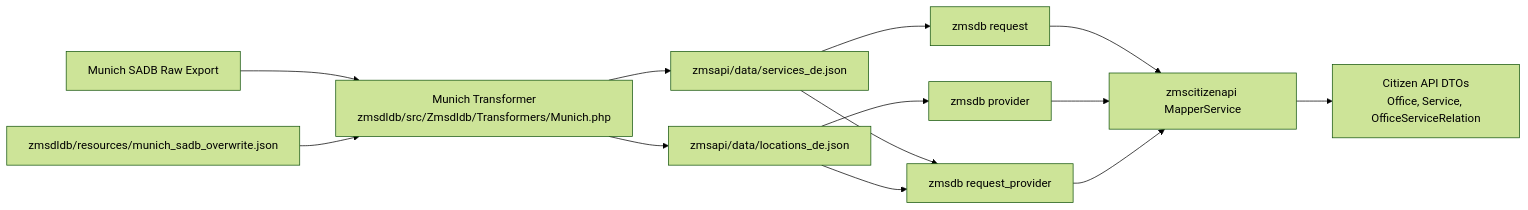
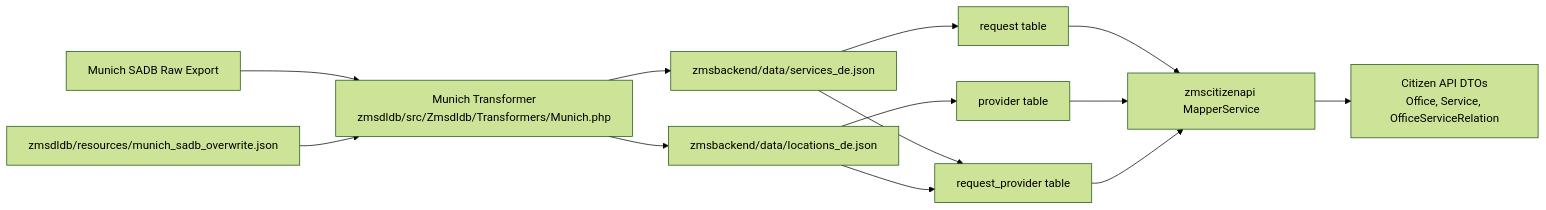
Before and after one commit to it-at-m/eappointment: the second of 3 diagrams in docs/en/operations/dldb-interface-documentation.md, drawn with Mermaid (forest theme). The commit also changed other lines of this file and 32 other files, not shown here.

````diff
--- a/docs/en/operations/dldb-interface-documentation.md
+++ b/docs/en/operations/dldb-interface-documentation.md
@@ -445,15 +441,15 @@
 ```mermaid
 flowchart LR
     A[Munich SADB Raw Export] --> B[Munich Transformer<br/>zmsdldb/src/Zmsdldb/Transformers/Munich.php]
     O[zmsdldb/resources/munich_sadb_overwrite.json] --> B
-    B --> C[zmsapi/data/services_de.json]
-    B --> D[zmsapi/data/locations_de.json]
-    C --> E[zmsdb request]
-    D --> F[zmsdb provider]
-    C --> G[zmsdb request_provider]
+    B --> C[zmsbackend/data/services_de.json]
+    B --> D[zmsbackend/data/locations_de.json]
+    C --> E[request table]
+    D --> F[provider table]
+    C --> G[request_provider table]
     D --> G
     E --> H[zmscitizenapi MapperService]
     F --> H
     G --> H
     H --> I[Citizen API DTOs<br/>Office, Service, OfficeServiceRelation]
 ```
````
